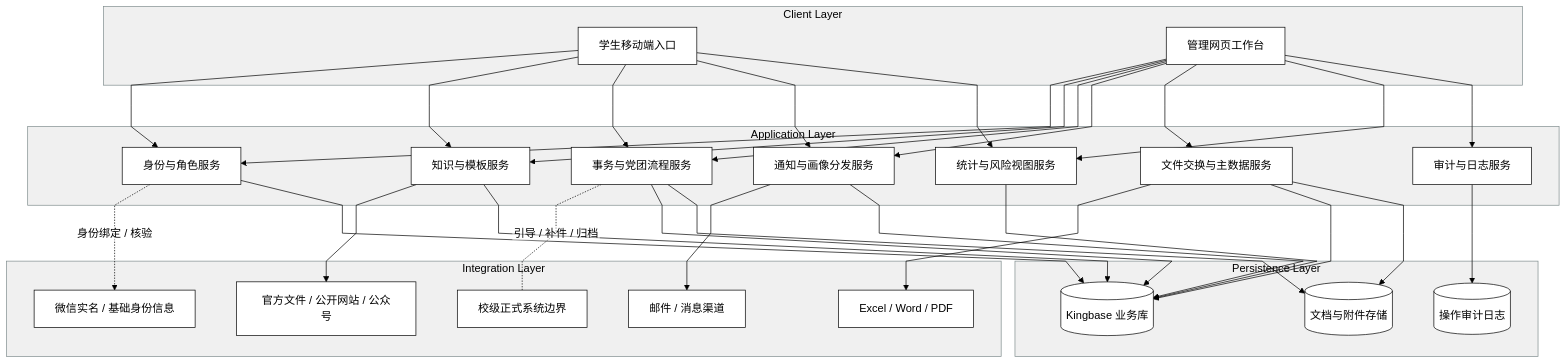
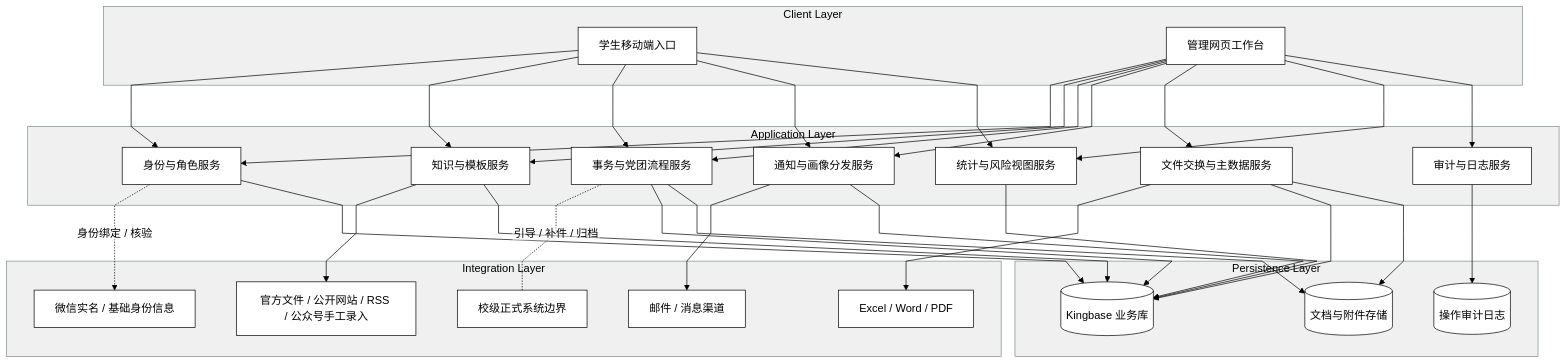
The diagram in docs/srs/04-software-vision.md (RUC-zlhz/super-ruc), drawn with Mermaid before and after one commit. The commit also changed other lines of this file and 95 other files, not shown here.

```diff
--- a/docs/srs/04-software-vision.md
+++ b/docs/srs/04-software-vision.md
@@ -131,7 +131,7 @@
     end
 
     subgraph Integration[Integration Layer]
-        Official[官方文件 / 公开网站 / 公众号]
+        Official[官方文件 / 公开网站 / RSS / 公众号手工录入]
         Identity[微信实名 / 基础身份信息]
         Files[Excel / Word / PDF]
         Mail[邮件 / 消息渠道]
```
